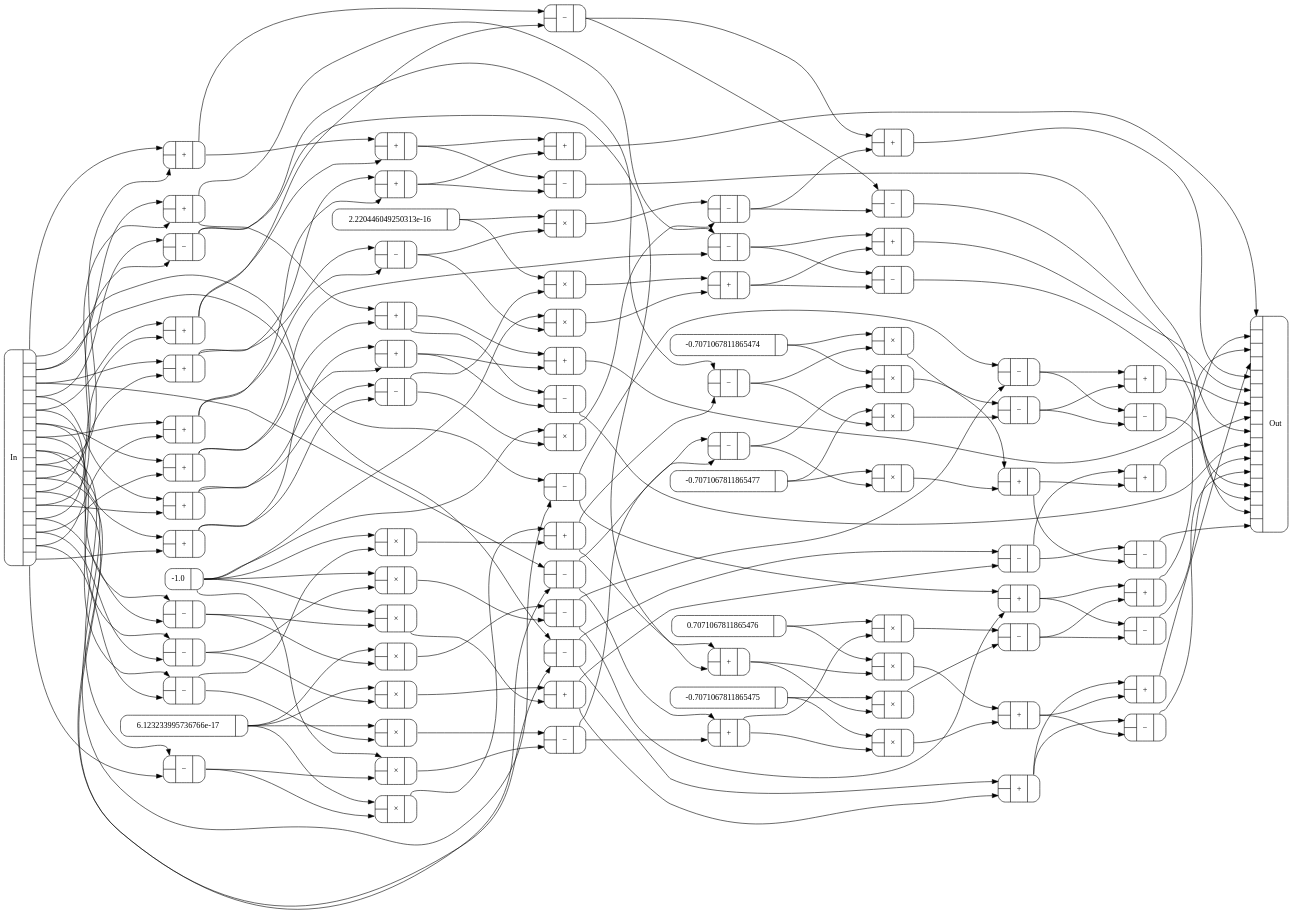
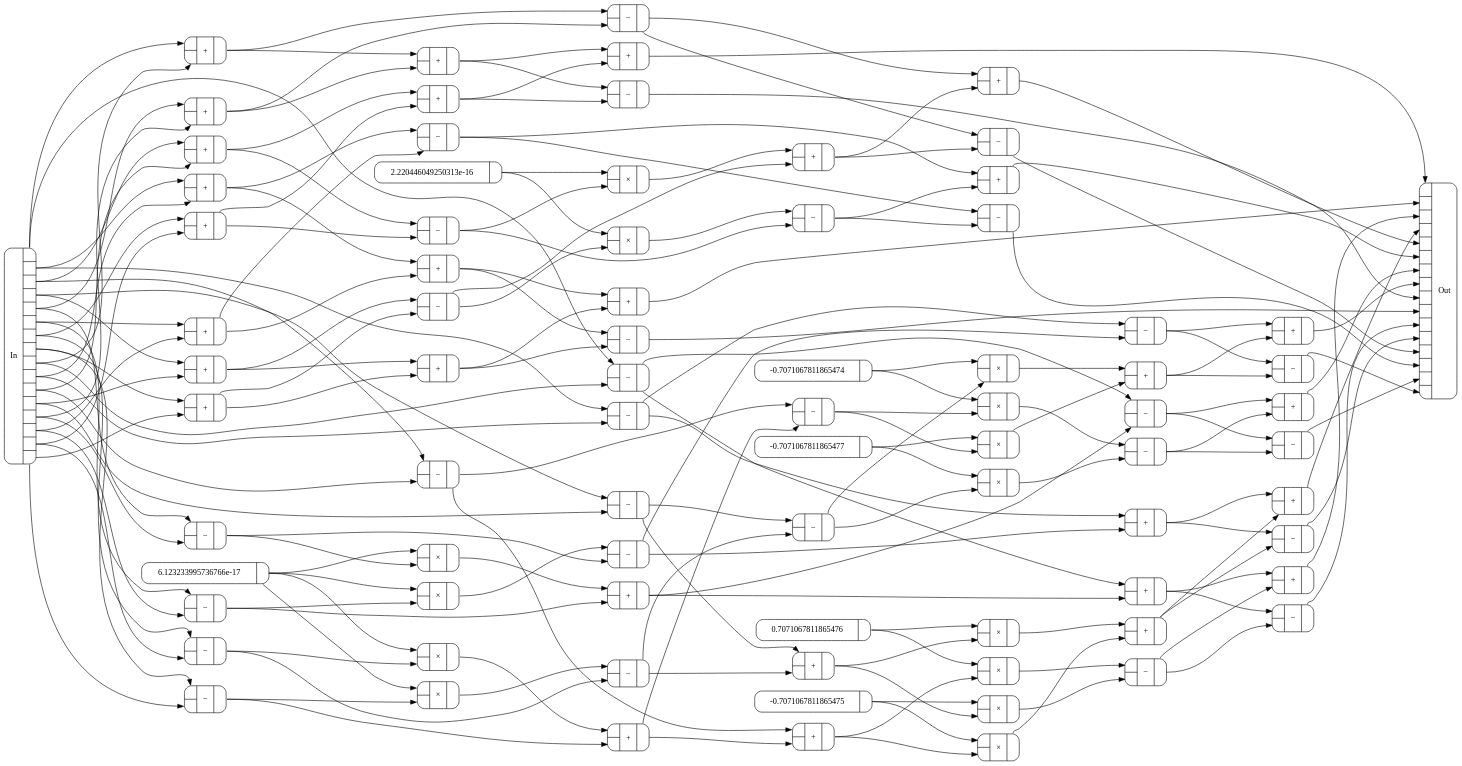
The diagram in Figures/circuits/fft-lb3.dot (conal/talk-2016-generic-fft), drawn with Graphviz before and after one commit. The commit also changed 8 other files, not shown here.

```diff
--- a/Figures/circuits/fft-lb3.dot
+++ b/Figures/circuits/fft-lb3.dot
@@ -3,7 +3,7 @@
   node [shape=Mrecord];
   bgcolor=transparent;
   nslimit=20;
-  ranksep="2.0";
+  ranksep="2.5";
   c0 [label="{{<In0>|<In1>}|+|{<Out0>}}"];
   c1 [label="{{<In0>|<In1>}|+|{<Out0>}}"];
   c2 [label="{{<In0>|<In1>}|+|{<Out0>}}"];
@@ -36,18 +36,11 @@
   c31 [label="{-0.7071067811865474|{<Out0>}}"];
   c32 [label="{-0.7071067811865475|{<Out0>}}"];
   c34 [label="{-0.7071067811865477|{<Out0>}}"];
-  c36 [label="{-1.0|{<Out0>}}"];
   c51 [label="{0.7071067811865476|{<Out0>}}"];
   c57 [label="{2.220446049250313e-16|{<Out0>}}"];
   c62 [label="{6.123233995736766e-17|{<Out0>}}"];
   c65 [label="{In|{<Out0>|<Out1>|<Out2>|<Out3>|<Out4>|<Out5>|<Out6>|<Out7>|<Out8>|<Out9>|<Out10>|<Out11>|<Out12>|<Out13>|<Out14>|<Out15>}}"];
   c66 [label="{{<In0>|<In1>|<In2>|<In3>|<In4>|<In5>|<In6>|<In7>|<In8>|<In9>|<In10>|<In11>|<In12>|<In13>|<In14>|<In15>}|Out}"];
-  c67 [label="{{<In0>|<In1>}|\×|{<Out0>}}"];
-  c68 [label="{{<In0>|<In1>}|\×|{<Out0>}}"];
-  c69 [label="{{<In0>|<In1>}|\×|{<Out0>}}"];
-  c70 [label="{{<In0>|<In1>}|\×|{<Out0>}}"];
-  c71 [label="{{<In0>|<In1>}|\×|{<Out0>}}"];
-  c72 [label="{{<In0>|<In1>}|\×|{<Out0>}}"];
   c73 [label="{{<In0>|<In1>}|\×|{<Out0>}}"];
   c74 [label="{{<In0>|<In1>}|\×|{<Out0>}}"];
   c75 [label="{{<In0>|<In1>}|\×|{<Out0>}}"];
@@ -91,178 +84,166 @@
   c113 [label="{{<In0>|<In1>}|\−|{<Out0>}}"];
   c114 [label="{{<In0>|<In1>}|\−|{<Out0>}}"];
   c115 [label="{{<In0>|<In1>}|\−|{<Out0>}}"];
-  c65:Out0 -> c0:In0;
-  c65:Out8 -> c0:In1;
-  c65:Out1 -> c1:In0;
-  c65:Out9 -> c1:In1;
-  c65:Out2 -> c2:In0;
-  c65:Out10 -> c2:In1;
-  c65:Out3 -> c3:In0;
-  c65:Out11 -> c3:In1;
-  c65:Out4 -> c4:In0;
-  c65:Out12 -> c4:In1;
-  c65:Out5 -> c5:In0;
-  c65:Out13 -> c5:In1;
-  c65:Out6 -> c6:In0;
-  c65:Out14 -> c6:In1;
-  c65:Out7 -> c7:In0;
-  c65:Out15 -> c7:In1;
-  c0:Out0 -> c8:In0;
-  c4:Out0 -> c8:In1;
-  c1:Out0 -> c9:In0;
-  c5:Out0 -> c9:In1;
-  c87:Out0 -> c10:In0;
-  c99:Out0 -> c10:In1;
-  c88:Out0 -> c11:In0;
-  c12:Out0 -> c11:In1;
-  c84:Out0 -> c12:In0;
-  c73:Out0 -> c12:In1;
-  c8:Out0 -> c13:In0;
-  c21:Out0 -> c13:In1;
-  c9:Out0 -> c14:In0;
-  c22:Out0 -> c14:In1;
-  c95:Out0 -> c15:In0;
-  c114:Out0 -> c15:In1;
-  c96:Out0 -> c16:In0;
-  c27:Out0 -> c16:In1;
-  c10:Out0 -> c17:In0;
-  c113:Out0 -> c17:In1;
-  c11:Out0 -> c18:In0;
-  c26:Out0 -> c18:In1;
-  c97:Out0 -> c19:In0;
-  c115:Out0 -> c19:In1;
-  c98:Out0 -> c20:In0;
-  c28:Out0 -> c20:In1;
-  c2:Out0 -> c21:In0;
-  c6:Out0 -> c21:In1;
-  c3:Out0 -> c22:In0;
-  c7:Out0 -> c22:In1;
-  c89:Out0 -> c23:In0;
-  c112:Out0 -> c23:In1;
-  c90:Out0 -> c24:In0;
-  c25:Out0 -> c24:In1;
-  c86:Out0 -> c25:In0;
-  c75:Out0 -> c25:In1;
-  c68:Out0 -> c26:In0;
-  c69:Out0 -> c26:In1;
-  c72:Out0 -> c27:In0;
-  c77:Out0 -> c27:In1;
-  c80:Out0 -> c28:In0;
-  c81:Out0 -> c28:In1;
-  c13:Out0 -> c66:In0;
-  c14:Out0 -> c66:In1;
-  c17:Out0 -> c66:In2;
-  c18:Out0 -> c66:In3;
-  c15:Out0 -> c66:In4;
-  c16:Out0 -> c66:In5;
-  c19:Out0 -> c66:In6;
-  c20:Out0 -> c66:In7;
-  c100:Out0 -> c66:In8;
-  c101:Out0 -> c66:In9;
-  c104:Out0 -> c66:In10;
-  c105:Out0 -> c66:In11;
-  c102:Out0 -> c66:In12;
-  c103:Out0 -> c66:In13;
-  c106:Out0 -> c66:In14;
-  c107:Out0 -> c66:In15;
-  c51:Out0 -> c67:In0;
-  c23:Out0 -> c67:In1;
-  c51:Out0 -> c68:In0;
-  c24:Out0 -> c68:In1;
-  c32:Out0 -> c69:In0;
-  c23:Out0 -> c69:In1;
-  c32:Out0 -> c70:In0;
-  c24:Out0 -> c70:In1;
-  c57:Out0 -> c71:In0;
-  c108:Out0 -> c71:In1;
-  c57:Out0 -> c72:In0;
-  c109:Out0 -> c72:In1;
-  c36:Out0 -> c73:In0;
-  c91:Out0 -> c73:In1;
-  c36:Out0 -> c74:In0;
-  c92:Out0 -> c74:In1;
-  c36:Out0 -> c75:In0;
-  c93:Out0 -> c75:In1;
-  c36:Out0 -> c76:In0;
-  c94:Out0 -> c76:In1;
-  c36:Out0 -> c77:In0;
-  c108:Out0 -> c77:In1;
-  c36:Out0 -> c78:In0;
-  c109:Out0 -> c78:In1;
-  c31:Out0 -> c79:In0;
-  c110:Out0 -> c79:In1;
-  c31:Out0 -> c80:In0;
-  c111:Out0 -> c80:In1;
-  c34:Out0 -> c81:In0;
-  c110:Out0 -> c81:In1;
-  c34:Out0 -> c82:In0;
-  c111:Out0 -> c82:In1;
-  c62:Out0 -> c83:In0;
-  c91:Out0 -> c83:In1;
-  c62:Out0 -> c84:In0;
-  c92:Out0 -> c84:In1;
-  c62:Out0 -> c85:In0;
-  c93:Out0 -> c85:In1;
-  c62:Out0 -> c86:In0;
-  c94:Out0 -> c86:In1;
-  c65:Out0 -> c87:In0;
-  c65:Out8 -> c87:In1;
-  c65:Out1 -> c88:In0;
-  c65:Out9 -> c88:In1;
-  c65:Out2 -> c89:In0;
-  c65:Out10 -> c89:In1;
-  c65:Out3 -> c90:In0;
-  c65:Out11 -> c90:In1;
-  c65:Out4 -> c91:In0;
-  c65:Out12 -> c91:In1;
-  c65:Out5 -> c92:In0;
-  c65:Out13 -> c92:In1;
-  c65:Out6 -> c93:In0;
-  c65:Out14 -> c93:In1;
-  c65:Out7 -> c94:In0;
-  c65:Out15 -> c94:In1;
-  c0:Out0 -> c95:In0;
-  c4:Out0 -> c95:In1;
-  c1:Out0 -> c96:In0;
-  c5:Out0 -> c96:In1;
-  c87:Out0 -> c97:In0;
-  c99:Out0 -> c97:In1;
-  c88:Out0 -> c98:In0;
-  c12:Out0 -> c98:In1;
-  c83:Out0 -> c99:In0;
-  c74:Out0 -> c99:In1;
-  c8:Out0 -> c100:In0;
-  c21:Out0 -> c100:In1;
-  c9:Out0 -> c101:In0;
-  c22:Out0 -> c101:In1;
-  c95:Out0 -> c102:In0;
-  c114:Out0 -> c102:In1;
-  c96:Out0 -> c103:In0;
-  c27:Out0 -> c103:In1;
-  c10:Out0 -> c104:In0;
-  c113:Out0 -> c104:In1;
-  c11:Out0 -> c105:In0;
-  c26:Out0 -> c105:In1;
-  c97:Out0 -> c106:In0;
-  c115:Out0 -> c106:In1;
-  c98:Out0 -> c107:In0;
-  c28:Out0 -> c107:In1;
-  c2:Out0 -> c108:In0;
-  c6:Out0 -> c108:In1;
-  c3:Out0 -> c109:In0;
-  c7:Out0 -> c109:In1;
-  c89:Out0 -> c110:In0;
-  c112:Out0 -> c110:In1;
-  c90:Out0 -> c111:In0;
-  c25:Out0 -> c111:In1;
-  c85:Out0 -> c112:In0;
-  c76:Out0 -> c112:In1;
-  c67:Out0 -> c113:In0;
-  c70:Out0 -> c113:In1;
-  c71:Out0 -> c114:In0;
-  c78:Out0 -> c114:In1;
-  c79:Out0 -> c115:In0;
-  c82:Out0 -> c115:In1;
+  c65:Out0 -> c0:In0
+  c65:Out8 -> c0:In1
+  c65:Out1 -> c1:In0
+  c65:Out9 -> c1:In1
+  c65:Out2 -> c2:In0
+  c65:Out10 -> c2:In1
+  c65:Out3 -> c3:In0
+  c65:Out11 -> c3:In1
+  c65:Out4 -> c4:In0
+  c65:Out12 -> c4:In1
+  c65:Out5 -> c5:In0
+  c65:Out13 -> c5:In1
+  c65:Out6 -> c6:In0
+  c65:Out14 -> c6:In1
+  c65:Out7 -> c7:In0
+  c65:Out15 -> c7:In1
+  c0:Out0 -> c8:In0
+  c4:Out0 -> c8:In1
+  c1:Out0 -> c9:In0
+  c5:Out0 -> c9:In1
+  c87:Out0 -> c10:In0
+  c12:Out0 -> c10:In1
+  c88:Out0 -> c11:In0
+  c99:Out0 -> c11:In1
+  c83:Out0 -> c12:In0
+  c92:Out0 -> c12:In1
+  c8:Out0 -> c13:In0
+  c21:Out0 -> c13:In1
+  c9:Out0 -> c14:In0
+  c22:Out0 -> c14:In1
+  c95:Out0 -> c15:In0
+  c27:Out0 -> c15:In1
+  c96:Out0 -> c16:In0
+  c114:Out0 -> c16:In1
+  c10:Out0 -> c17:In0
+  c113:Out0 -> c17:In1
+  c11:Out0 -> c18:In0
+  c26:Out0 -> c18:In1
+  c97:Out0 -> c19:In0
+  c115:Out0 -> c19:In1
+  c98:Out0 -> c20:In0
+  c28:Out0 -> c20:In1
+  c2:Out0 -> c21:In0
+  c6:Out0 -> c21:In1
+  c3:Out0 -> c22:In0
+  c7:Out0 -> c22:In1
+  c89:Out0 -> c23:In0
+  c25:Out0 -> c23:In1
+  c90:Out0 -> c24:In0
+  c112:Out0 -> c24:In1
+  c85:Out0 -> c25:In0
+  c94:Out0 -> c25:In1
+  c74:Out0 -> c26:In0
+  c75:Out0 -> c26:In1
+  c77:Out0 -> c27:In0
+  c109:Out0 -> c27:In1
+  c80:Out0 -> c28:In0
+  c81:Out0 -> c28:In1
+  c13:Out0 -> c66:In0
+  c14:Out0 -> c66:In1
+  c17:Out0 -> c66:In2
+  c18:Out0 -> c66:In3
+  c15:Out0 -> c66:In4
+  c16:Out0 -> c66:In5
+  c19:Out0 -> c66:In6
+  c20:Out0 -> c66:In7
+  c100:Out0 -> c66:In8
+  c101:Out0 -> c66:In9
+  c104:Out0 -> c66:In10
+  c105:Out0 -> c66:In11
+  c102:Out0 -> c66:In12
+  c103:Out0 -> c66:In13
+  c106:Out0 -> c66:In14
+  c107:Out0 -> c66:In15
+  c51:Out0 -> c73:In0
+  c23:Out0 -> c73:In1
+  c51:Out0 -> c74:In0
+  c24:Out0 -> c74:In1
+  c32:Out0 -> c75:In0
+  c23:Out0 -> c75:In1
+  c32:Out0 -> c76:In0
+  c24:Out0 -> c76:In1
+  c57:Out0 -> c77:In0
+  c108:Out0 -> c77:In1
+  c57:Out0 -> c78:In0
+  c109:Out0 -> c78:In1
+  c31:Out0 -> c79:In0
+  c110:Out0 -> c79:In1
+  c31:Out0 -> c80:In0
+  c111:Out0 -> c80:In1
+  c34:Out0 -> c81:In0
+  c110:Out0 -> c81:In1
+  c34:Out0 -> c82:In0
+  c111:Out0 -> c82:In1
+  c62:Out0 -> c83:In0
+  c91:Out0 -> c83:In1
+  c62:Out0 -> c84:In0
+  c92:Out0 -> c84:In1
+  c62:Out0 -> c85:In0
+  c93:Out0 -> c85:In1
+  c62:Out0 -> c86:In0
+  c94:Out0 -> c86:In1
+  c65:Out0 -> c87:In0
+  c65:Out8 -> c87:In1
+  c65:Out1 -> c88:In0
+  c65:Out9 -> c88:In1
+  c65:Out2 -> c89:In0
+  c65:Out10 -> c89:In1
+  c65:Out3 -> c90:In0
+  c65:Out11 -> c90:In1
+  c65:Out4 -> c91:In0
+  c65:Out12 -> c91:In1
+  c65:Out5 -> c92:In0
+  c65:Out13 -> c92:In1
+  c65:Out6 -> c93:In0
+  c65:Out14 -> c93:In1
+  c65:Out7 -> c94:In0
+  c65:Out15 -> c94:In1
+  c0:Out0 -> c95:In0
+  c4:Out0 -> c95:In1
+  c1:Out0 -> c96:In0
+  c5:Out0 -> c96:In1
+  c87:Out0 -> c97:In0
+  c12:Out0 -> c97:In1
+  c88:Out0 -> c98:In0
+  c99:Out0 -> c98:In1
+  c84:Out0 -> c99:In0
+  c91:Out0 -> c99:In1
+  c8:Out0 -> c100:In0
+  c21:Out0 -> c100:In1
+  c9:Out0 -> c101:In0
+  c22:Out0 -> c101:In1
+  c95:Out0 -> c102:In0
+  c27:Out0 -> c102:In1
+  c96:Out0 -> c103:In0
+  c114:Out0 -> c103:In1
+  c10:Out0 -> c104:In0
+  c113:Out0 -> c104:In1
+  c11:Out0 -> c105:In0
+  c26:Out0 -> c105:In1
+  c97:Out0 -> c106:In0
+  c115:Out0 -> c106:In1
+  c98:Out0 -> c107:In0
+  c28:Out0 -> c107:In1
+  c2:Out0 -> c108:In0
+  c6:Out0 -> c108:In1
+  c3:Out0 -> c109:In0
+  c7:Out0 -> c109:In1
+  c89:Out0 -> c110:In0
+  c25:Out0 -> c110:In1
+  c90:Out0 -> c111:In0
+  c112:Out0 -> c111:In1
+  c86:Out0 -> c112:In0
+  c93:Out0 -> c112:In1
+  c73:Out0 -> c113:In0
+  c76:Out0 -> c113:In1
+  c78:Out0 -> c114:In0
+  c108:Out0 -> c114:In1
+  c79:Out0 -> c115:In0
+  c82:Out0 -> c115:In1
 }
 
-// fft-lb3 components: 29 +, 1 -0.7071067811865474, 1 -0.7071067811865475, 1 -0.7071067811865477, 1 -1.0, 1 0.7071067811865476, 1 2.220446049250313e-16, 1 6.123233995736766e-17, 20 ×, 29 −, 85 total. Max depth: 7.
+// fft-lb3 components: 29 +, 1 -0.7071067811865474, 1 -0.7071067811865475, 1 -0.7071067811865477, 1 0.7071067811865476, 1 2.220446049250313e-16, 1 6.123233995736766e-17, 14 ×, 29 −, 78 total. Max depth: 7.
```
